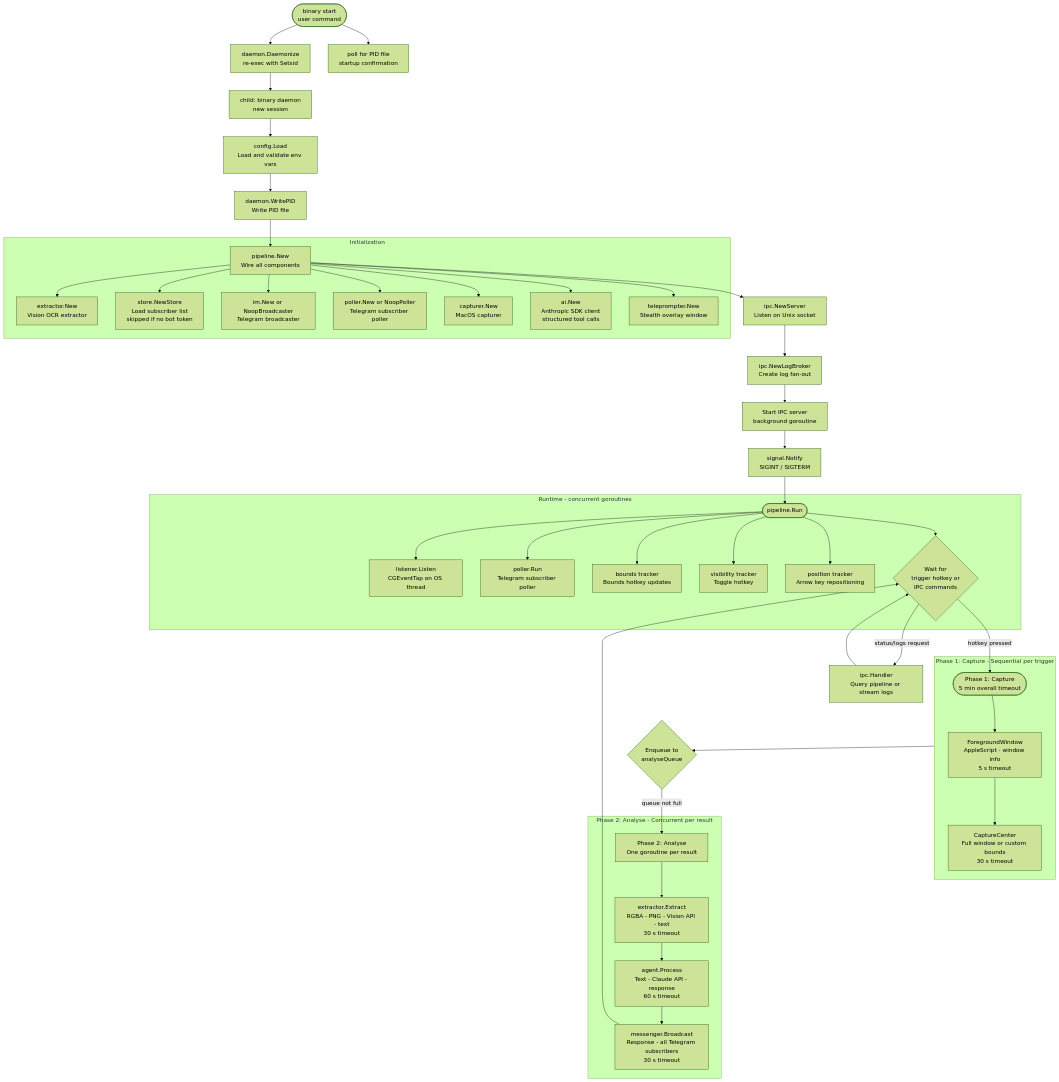
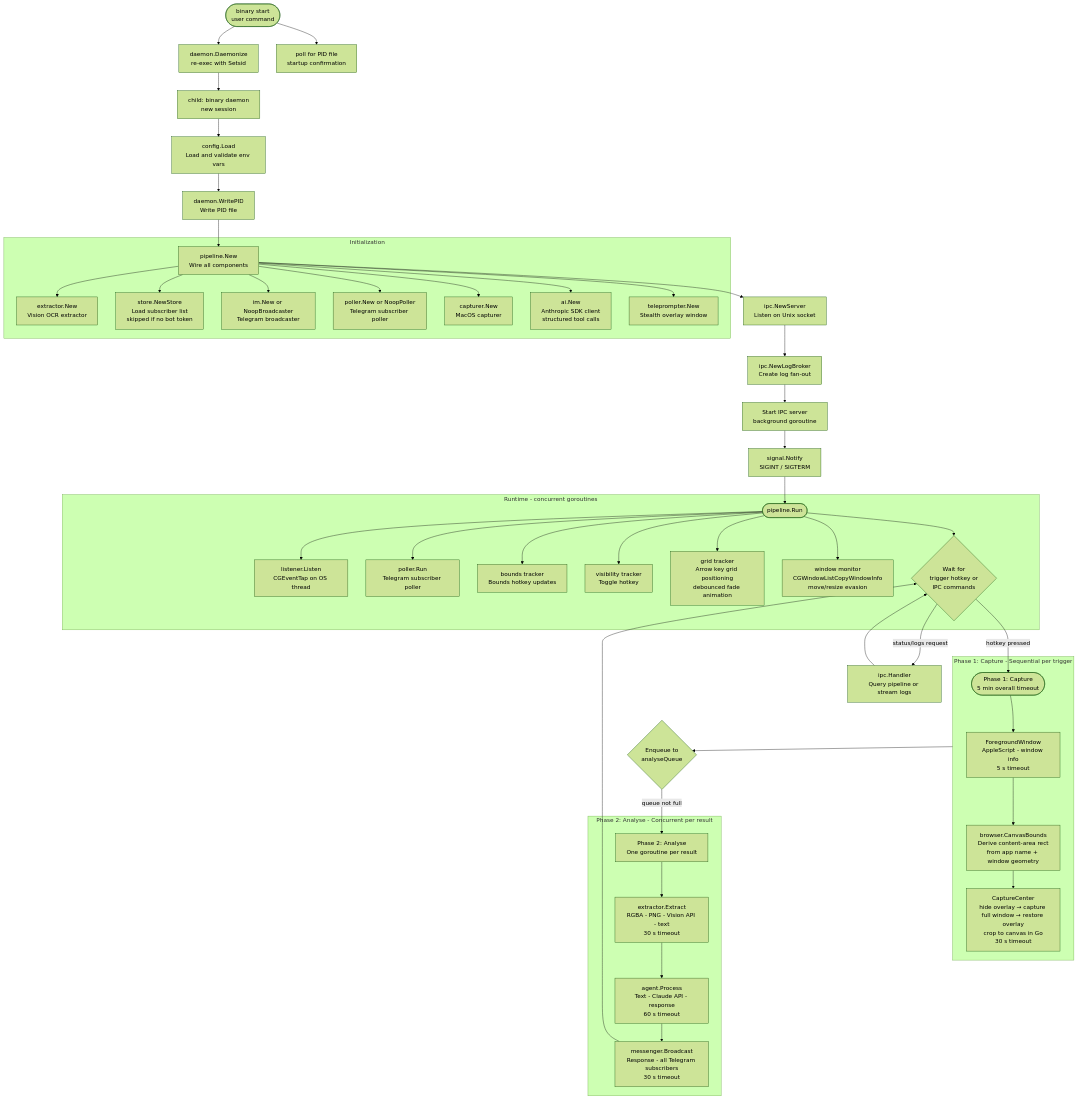
The first of 3 diagrams in docs/ARCHITECTURE.md (vdyalex/lens-daemon), drawn with Mermaid (forest theme) before and after one commit. The commit also changed other lines of this file and 30 other files, not shown here.

First line of the commit message:
feat(browser): add canvas bounds detection for browser content-area capture (#19)

````diff
--- a/docs/ARCHITECTURE.md
+++ b/docs/ARCHITECTURE.md
@@ -67,55 +70,57 @@
 ```mermaid
 flowchart TD
     A([binary start<br/>user command]) --> B[daemon.Daemonize<br/>re-exec with Setsid]
     B --> C[child: binary daemon<br/>new session]
     A --> D[poll for PID file<br/>startup confirmation]
 
     C --> E[config.Load<br/>Load and validate env vars]
     E --> F[daemon.WritePID<br/>Write PID file]
     F --> G[pipeline.New<br/>Wire all components]
     G --> H[ipc.NewServer<br/>Listen on Unix socket]
 
     subgraph Init[Initialization]
         G --> I[extractor.New<br/>Vision OCR extractor]
         G --> J[store.NewStore<br/>Load subscriber list<br/>skipped if no bot token]
         G --> K[im.New or NoopBroadcaster<br/>Telegram broadcaster]
         G --> L[poller.New or NoopPoller<br/>Telegram subscriber poller]
         G --> M[capturer.New<br/>MacOS capturer]
         G --> N[ai.New<br/>Anthropic SDK client<br/>structured tool calls]
         G --> O2[teleprompter.New<br/>Stealth overlay window]
     end
 
     H --> O[ipc.NewLogBroker<br/>Create log fan-out]
     O --> P[Start IPC server<br/>background goroutine]
     P --> Q[signal.Notify<br/>SIGINT / SIGTERM]
     Q --> R([pipeline.Run])
 
     subgraph Runtime[Runtime - concurrent goroutines]
         R --> S[listener.Listen<br/>CGEventTap on OS thread]
         R --> T[poller.Run<br/>Telegram subscriber poller]
         R --> U[bounds tracker<br/>Bounds hotkey updates]
         R --> U2[visibility tracker<br/>Toggle hotkey]
-        R --> U3[position tracker<br/>Arrow key repositioning]
+        R --> U3[grid tracker<br/>Arrow key grid positioning<br/>debounced fade animation]
+        R --> U4[window monitor<br/>CGWindowListCopyWindowInfo<br/>move/resize evasion]
         R --> V{Wait for<br/>trigger hotkey or<br/>IPC commands}
     end
 
     V -->|status/logs request| W[ipc.Handler<br/>Query pipeline or stream logs]
     V -->|hotkey pressed| X([Phase 1: Capture<br/>5 min overall timeout])
 
     subgraph Phase1[Phase 1: Capture - Sequential per trigger]
         X --> Y[ForegroundWindow<br/>AppleScript - window info<br/>5 s timeout]
-        Y --> Z[CaptureCenter<br/>Full window or custom bounds<br/>30 s timeout]
+        Y --> Y2[browser.CanvasBounds<br/>Derive content-area rect<br/>from app name + window geometry]
+        Y2 --> Z[CaptureCenter<br/>hide overlay → capture full window → restore overlay<br/>crop to canvas in Go<br/>30 s timeout]
     end
 
     Phase1 --> X2{Enqueue to<br/>analyseQueue}
     X2 -->|queue not full| X3[Phase 2: Analyse<br/>One goroutine per result]
 
     subgraph Phase2[Phase 2: Analyse - Concurrent per result]
         X3 --> AA[extractor.Extract<br/>RGBA - PNG - Vision API - text<br/>30 s timeout]
         AA --> AB[agent.Process<br/>Text - Claude API - response<br/>60 s timeout]
         AB --> AC[messenger.Broadcast<br/>Response - all Telegram subscribers<br/>30 s timeout]
     end
 
     AC --> V
     W --> V
 ```
````
